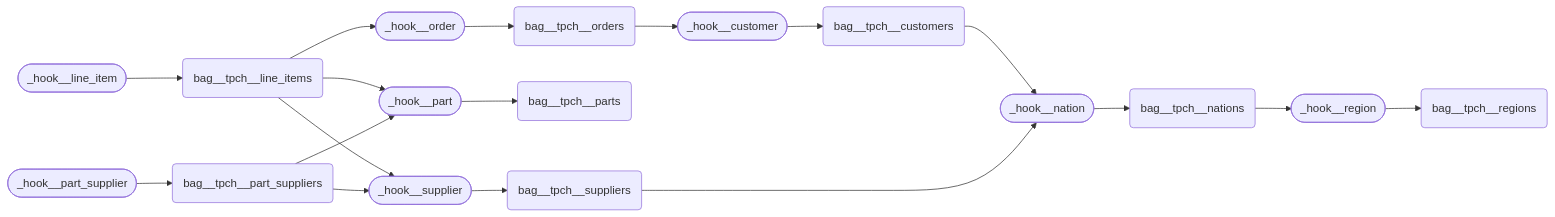
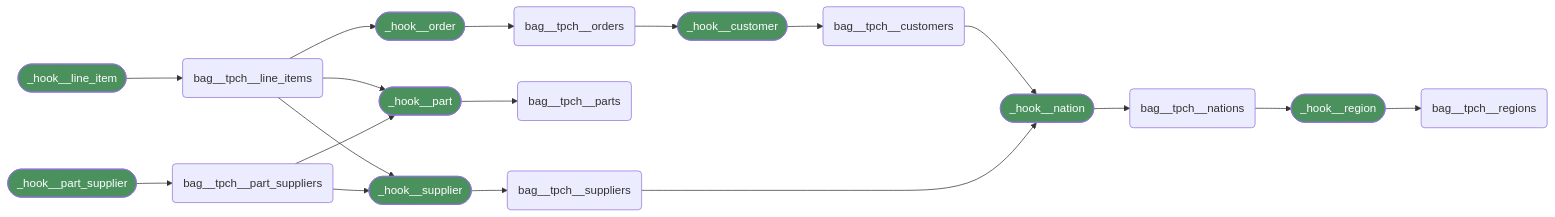
The third of 4 diagrams in README.md (mattiasthalen/tpch), drawn with Mermaid before and after one commit. The commit also changed other lines of this file and 18 other files, not shown here.

Commit message:
Merge nation and region into customer and supplier

````diff
--- a/README.md
+++ b/README.md
@@ -225,45 +223,47 @@
 ```mermaid
 flowchart LR
     %% Bags
     bag__tpch__customers("bag__tpch__customers")
     bag__tpch__nations("bag__tpch__nations")
     bag__tpch__line_items("bag__tpch__line_items")
     bag__tpch__orders("bag__tpch__orders")
     bag__tpch__part_suppliers("bag__tpch__part_suppliers")
     bag__tpch__parts("bag__tpch__parts")
     bag__tpch__regions("bag__tpch__regions")
     bag__tpch__suppliers("bag__tpch__suppliers")
 
     %% Hooks
-    _hook__order(["_hook__order"])
-    _hook__customer(["_hook__customer"])
-    _hook__part(["_hook__part"])
-    _hook__supplier(["_hook__supplier"])
-    _hook__region(["_hook__region"])
-    _hook__nation(["_hook__nation"])
-    _hook__line_item(["_hook__line_item"])
-    _hook__part_supplier(["_hook__part_supplier"])
+    _hook__order(["_hook__order"]):::hook
+    _hook__customer(["_hook__customer"]):::hook
+    _hook__part(["_hook__part"]):::hook
+    _hook__supplier(["_hook__supplier"]):::hook
+    _hook__region(["_hook__region"]):::hook
+    _hook__nation(["_hook__nation"]):::hook
+    _hook__line_item(["_hook__line_item"]):::hook
+    _hook__part_supplier(["_hook__part_supplier"]):::hook
 
     %% Relations
     _hook__line_item --> bag__tpch__line_items
 
     bag__tpch__line_items --> _hook__order
     _hook__order --> bag__tpch__orders
     bag__tpch__orders --> _hook__customer
     _hook__customer --> bag__tpch__customers
     bag__tpch__customers --> _hook__nation
     _hook__nation --> bag__tpch__nations
     bag__tpch__nations --> _hook__region
     _hook__region --> bag__tpch__regions
 
     bag__tpch__line_items -->_hook__part
     _hook__part --> bag__tpch__parts
 
     bag__tpch__line_items --> _hook__supplier
     _hook__supplier --> bag__tpch__suppliers
     bag__tpch__suppliers --> _hook__nation
 
     _hook__part_supplier --> bag__tpch__part_suppliers
     bag__tpch__part_suppliers --> _hook__supplier
     bag__tpch__part_suppliers --> _hook__part
+
+    classDef hook fill:#4A915E,color:white
 ```
````
